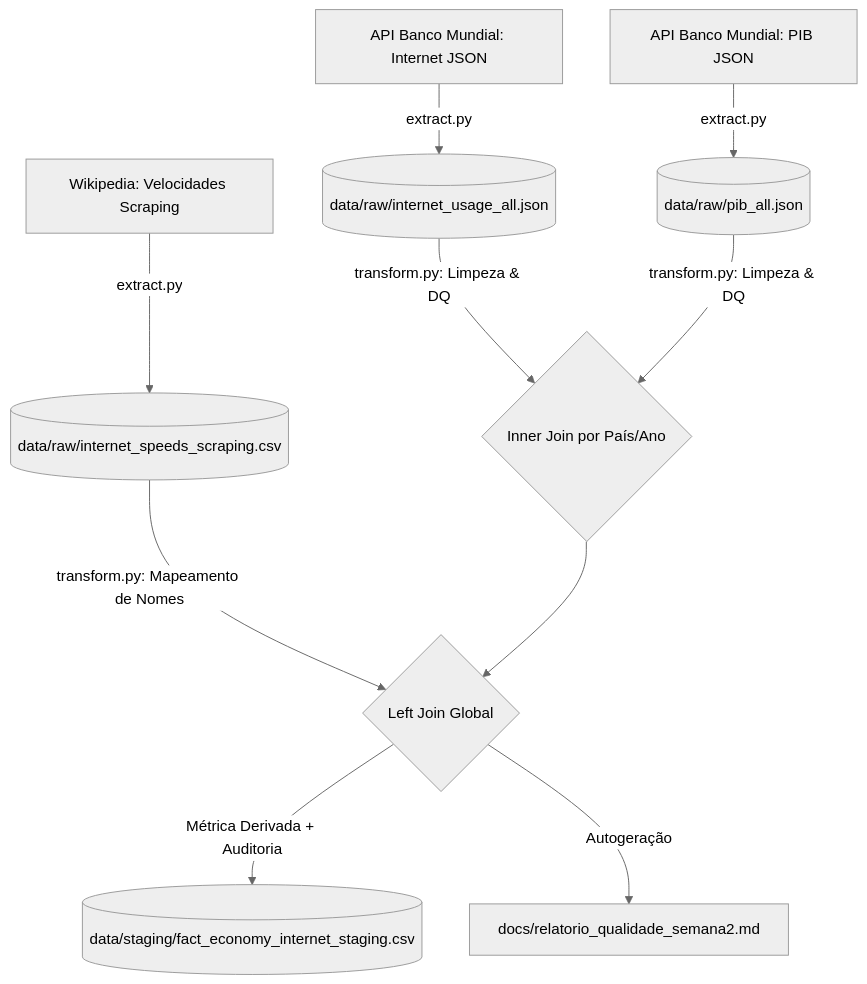
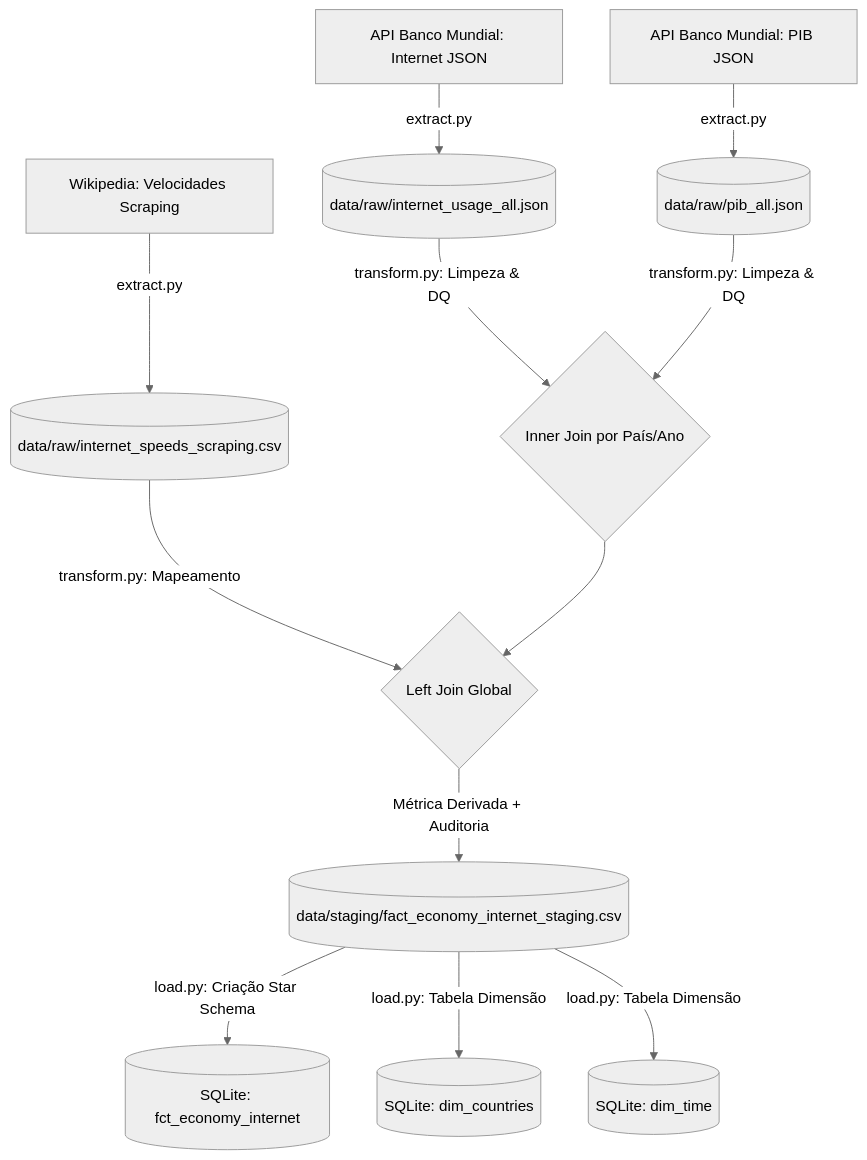
One commit to SimaoAbranches/PFExtra-o changed the diagram in PycharmProjects/PFExtração/README.md. Above: the diagram before and after it, drawn with Mermaid (neutral theme). The commit also changed other lines of this file, not shown here.

````diff
--- a/PycharmProjects/PFExtração/README.md
+++ b/PycharmProjects/PFExtração/README.md
@@ -23,14 +35,19 @@
 ```mermaid
 graph TD
+    %% Extract Phase
     A[API Banco Mundial: Internet JSON] -->|extract.py| B[(data/raw/internet_usage_all.json)]
     C[API Banco Mundial: PIB JSON] -->|extract.py| D[(data/raw/pib_all.json)]
     E[Wikipedia: Velocidades Scraping] -->|extract.py| F[(data/raw/internet_speeds_scraping.csv)]
 
+    %% Transform Phase
     B -->|transform.py: Limpeza & DQ| G{Inner Join por País/Ano}
     D -->|transform.py: Limpeza & DQ| G
-    F -->|transform.py: Mapeamento de Nomes| H{Left Join Global}
-
+    F -->|transform.py: Mapeamento| H{Left Join Global}
     G --> H
     H -->|Métrica Derivada + Auditoria| I[(data/staging/fact_economy_internet_staging.csv)]
-    H -->|Autogeração| J[docs/relatorio_qualidade_semana2.md]
+
+    %% Load Phase
+    I -->|load.py: Criação Star Schema| J[(SQLite: fct_economy_internet)]
+    I -->|load.py: Tabela Dimensão| K[(SQLite: dim_countries)]
+    I -->|load.py: Tabela Dimensão| L[(SQLite: dim_time)]
 ```
````
